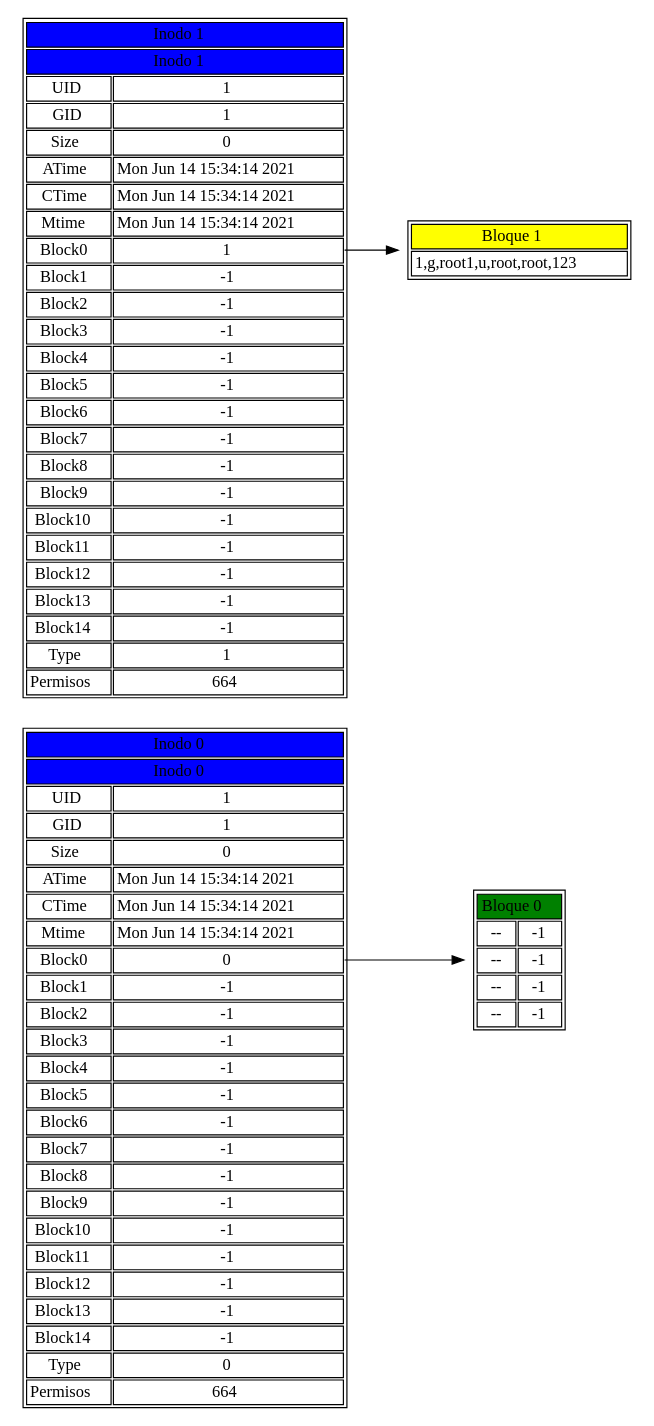
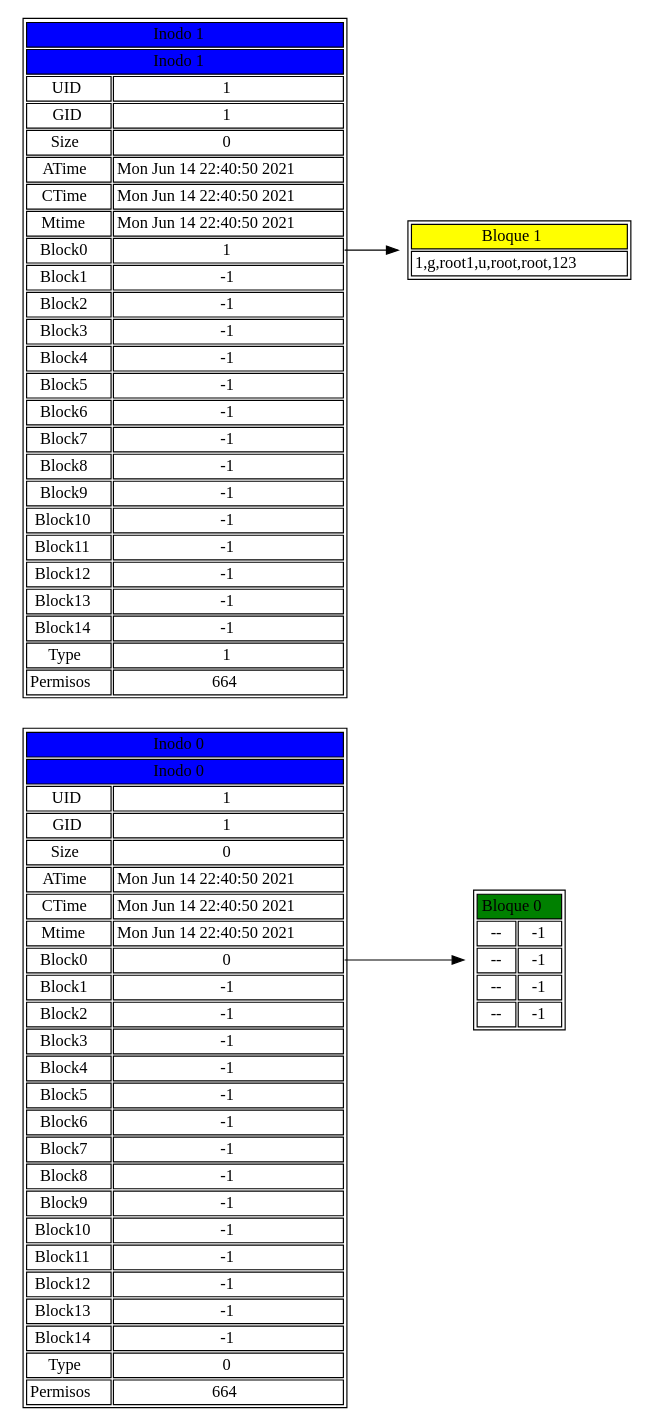
Before and after one commit to Audrie8a/MIA_P1_201801263: the diagram in tree.dot, drawn with Graphviz. The commit also changed 5 other files, not shown here.

```diff
--- a/tree.dot
+++ b/tree.dot
@@ -21,17 +21,17 @@
 </tr>
 <tr>
 <td>ATime</td>
-<td>Mon Jun 14 15:34:14 2021
+<td>Mon Jun 14 22:40:50 2021
 </td>
 </tr>
 <tr>
 <td>CTime</td>
-<td>Mon Jun 14 15:34:14 2021
+<td>Mon Jun 14 22:40:50 2021
 </td>
 </tr>
 <tr>
 <td>Mtime</td>
-<td>Mon Jun 14 15:34:14 2021
+<td>Mon Jun 14 22:40:50 2021
 </td>
 </tr>
 <tr>
@@ -147,17 +147,17 @@
 </tr>
 <tr>
 <td>ATime</td>
-<td>Mon Jun 14 15:34:14 2021
+<td>Mon Jun 14 22:40:50 2021
 </td>
 </tr>
 <tr>
 <td>CTime</td>
-<td>Mon Jun 14 15:34:14 2021
+<td>Mon Jun 14 22:40:50 2021
 </td>
 </tr>
 <tr>
 <td>Mtime</td>
-<td>Mon Jun 14 15:34:14 2021
+<td>Mon Jun 14 22:40:50 2021
 </td>
 </tr>
 <tr>
```
